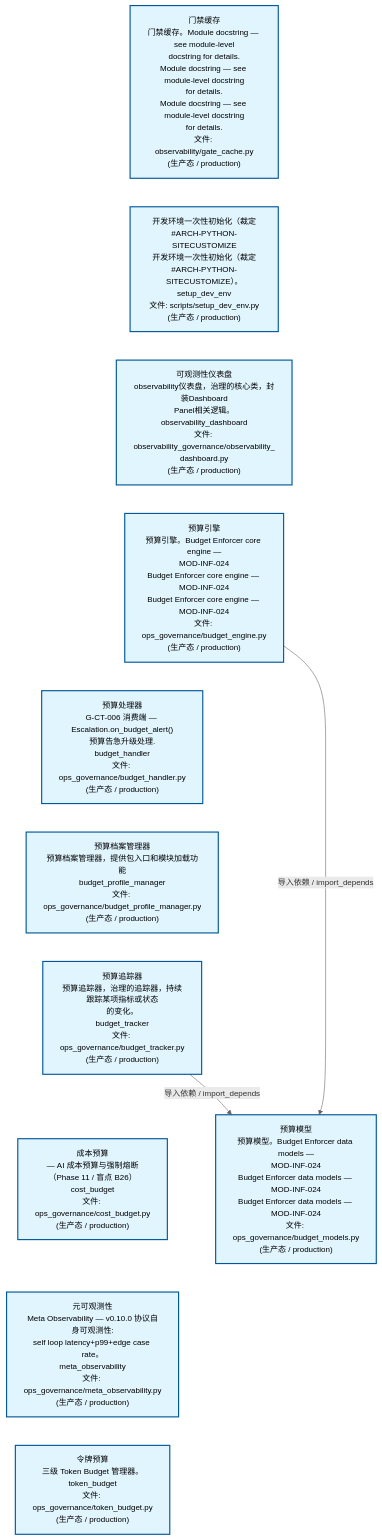
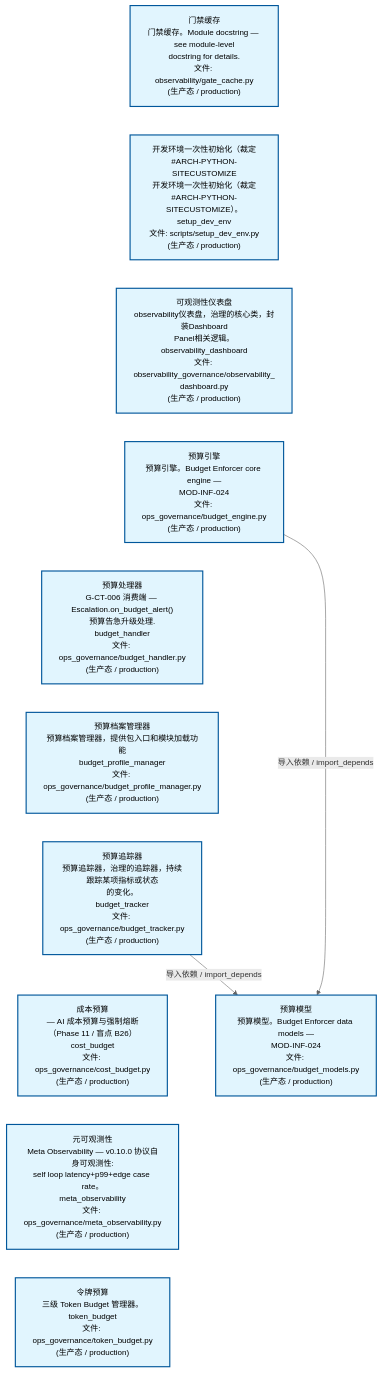
Before and after one commit to xuanFelixVan/ZephyrAlpha: the second of 3 diagrams in docs/02_enterprise_architecture/02_domain_architecture_docs/24_d_ops.md, drawn with Mermaid. The commit also changed other lines of this file and 60 other files, not shown here.

````diff
--- a/docs/02_enterprise_architecture/02_domain_architecture_docs/24_d_ops.md
+++ b/docs/02_enterprise_architecture/02_domain_architecture_docs/24_d_ops.md
@@ -125,31 +125,31 @@
 ```mermaid
 %%{init: {'theme': 'base', 'themeVariables': {'primaryColor': '#eaeaea', 'primaryTextColor': '#333333', 'primaryBorderColor': '#666666', 'lineColor': '#666666', 'secondaryColor': '#eaeaea', 'tertiaryColor': '#eaeaea', 'fontSize': '14px'}}}%%
 flowchart TD
-    scripts_governance_observability_gate_cache_py["门禁缓存<br/>门禁缓存。Module docstring — see module-level<br/>docstring for details.<br/>Module docstring — see module-level docstring<br/>for details.<br/>Module docstring — see module-level docstring<br/>for details.<br/>文件: observability/gate_cache.py<br/>(生产态 / production)"]
+    scripts_governance_observability_gate_cache_py["门禁缓存<br/>门禁缓存。Module docstring — see module-level<br/>docstring for details.<br/>文件: observability/gate_cache.py<br/>(生产态 / production)"]
     scripts_setup_dev_env_py["开发环境一次性初始化（裁定<br/>#ARCH-PYTHON-SITECUSTOMIZE<br/>开发环境一次性初始化（裁定<br/>#ARCH-PYTHON-SITECUSTOMIZE）。<br/>setup_dev_env<br/>文件: scripts/setup_dev_env.py<br/>(生产态 / production)"]
     src_zephyr_governance_observability_governance_observability_dashboard_py["可观测性仪表盘<br/>observability仪表盘，治理的核心类，封装Dashboard<br/>Panel相关逻辑。<br/>observability_dashboard<br/>文件: observability_governance/observability_<br/>dashboard.py<br/>(生产态 / production)"]
-    src_zephyr_governance_ops_governance_budget_engine_py["预算引擎<br/>预算引擎。Budget Enforcer core engine —<br/>MOD-INF-024<br/>Budget Enforcer core engine — MOD-INF-024<br/>Budget Enforcer core engine — MOD-INF-024<br/>文件: ops_governance/budget_engine.py<br/>(生产态 / production)"]
+    src_zephyr_governance_ops_governance_budget_engine_py["预算引擎<br/>预算引擎。Budget Enforcer core engine —<br/>MOD-INF-024<br/>文件: ops_governance/budget_engine.py<br/>(生产态 / production)"]
     src_zephyr_governance_ops_governance_budget_handler_py["预算处理器<br/>G-CT-006 消费端 — Escalation.on_budget_alert()<br/>预算告急升级处理.<br/>budget_handler<br/>文件: ops_governance/budget_handler.py<br/>(生产态 / production)"]
     src_zephyr_governance_ops_governance_budget_profile_manager_py["预算档案管理器<br/>预算档案管理器，提供包入口和模块加载功能<br/>budget_profile_manager<br/>文件: ops_governance/budget_profile_manager.py<br/>(生产态 / production)"]
     src_zephyr_governance_ops_governance_budget_tracker_py["预算追踪器<br/>预算追踪器，治理的追踪器，持续跟踪某项指标或状态<br/>的变化。<br/>budget_tracker<br/>文件: ops_governance/budget_tracker.py<br/>(生产态 / production)"]
     src_zephyr_governance_ops_governance_cost_budget_py["成本预算<br/>— AI 成本预算与强制熔断（Phase 11 / 盲点 B26）<br/>cost_budget<br/>文件: ops_governance/cost_budget.py<br/>(生产态 / production)"]
     src_zephyr_governance_ops_governance_meta_observability_py["元可观测性<br/>Meta Observability — v0.10.0 协议自身可观测性:<br/>self loop latency+p99+edge case rate。<br/>meta_observability<br/>文件: ops_governance/meta_observability.py<br/>(生产态 / production)"]
     src_zephyr_governance_ops_governance_token_budget_py["令牌预算<br/>三级 Token Budget 管理器。<br/>token_budget<br/>文件: ops_governance/token_budget.py<br/>(生产态 / production)"]
     scripts_governance_observability_gate_cache_py ~~~ scripts_setup_dev_env_py
     scripts_setup_dev_env_py ~~~ src_zephyr_governance_observability_governance_observability_dashboard_py
     src_zephyr_governance_observability_governance_observability_dashboard_py ~~~ src_zephyr_governance_ops_governance_budget_engine_py
     src_zephyr_governance_ops_governance_budget_engine_py ~~~ src_zephyr_governance_ops_governance_budget_handler_py
     src_zephyr_governance_ops_governance_budget_handler_py ~~~ src_zephyr_governance_ops_governance_budget_profile_manager_py
     src_zephyr_governance_ops_governance_budget_profile_manager_py ~~~ src_zephyr_governance_ops_governance_budget_tracker_py
     src_zephyr_governance_ops_governance_budget_tracker_py ~~~ src_zephyr_governance_ops_governance_cost_budget_py
     src_zephyr_governance_ops_governance_cost_budget_py ~~~ src_zephyr_governance_ops_governance_meta_observability_py
     src_zephyr_governance_ops_governance_meta_observability_py ~~~ src_zephyr_governance_ops_governance_token_budget_py
-    src_zephyr_governance_ops_governance_budget_models_py["预算模型<br/>预算模型。Budget Enforcer data models —<br/>MOD-INF-024<br/>Budget Enforcer data models — MOD-INF-024<br/>Budget Enforcer data models — MOD-INF-024<br/>文件: ops_governance/budget_models.py<br/>(生产态 / production)"]
+    src_zephyr_governance_ops_governance_budget_models_py["预算模型<br/>预算模型。Budget Enforcer data models —<br/>MOD-INF-024<br/>文件: ops_governance/budget_models.py<br/>(生产态 / production)"]
     src_zephyr_governance_ops_governance_budget_engine_py -->|导入依赖 / import_depends| src_zephyr_governance_ops_governance_budget_models_py
     src_zephyr_governance_ops_governance_budget_tracker_py -->|导入依赖 / import_depends| src_zephyr_governance_ops_governance_budget_models_py
     classDef production fill:#e1f5fe,stroke:#01579b,stroke-width:2px,color:#000
     classDef design fill:#fff3e0,stroke:#e65100,stroke-width:2px,color:#000,stroke-dasharray: 5 5
     classDef external_prod fill:#e8f4fd,stroke:#0277bd,stroke-width:1px,color:#000
     classDef external_design fill:#fff8e7,stroke:#ef6c00,stroke-width:1px,color:#000,stroke-dasharray: 5 5
     class scripts_governance_observability_gate_cache_py,scripts_setup_dev_env_py,src_zephyr_governance_observability_governance_observability_dashboard_py,src_zephyr_governance_ops_governance_budget_engine_py,src_zephyr_governance_ops_governance_budget_handler_py,src_zephyr_governance_ops_governance_budget_models_py,src_zephyr_governance_ops_governance_budget_profile_manager_py,src_zephyr_governance_ops_governance_budget_tracker_py,src_zephyr_governance_ops_governance_cost_budget_py,src_zephyr_governance_ops_governance_meta_observability_py,src_zephyr_governance_ops_governance_token_budget_py production
 ```
````
